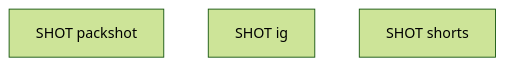
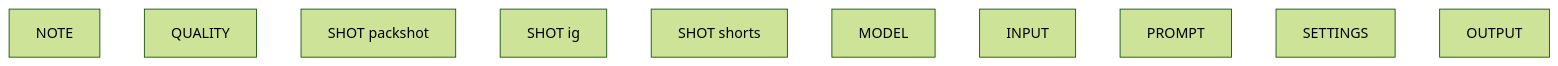
Before and after one commit to toxicoder/ez-comfy-stack: the diagram in docs/generated/workflows/dcc/clay-plates.md, drawn with Mermaid (forest theme). The commit also changed other lines of this file and 1088 other files, not shown here.

````diff
--- a/docs/generated/workflows/dcc/clay-plates.md
+++ b/docs/generated/workflows/dcc/clay-plates.md
@@ -56,6 +56,13 @@
 ```mermaid
 flowchart TB
+  GNOTE["NOTE"]
+  GQUALITY["QUALITY"]
   GSHOT_packshot["SHOT packshot"]
   GSHOT_ig["SHOT ig"]
   GSHOT_shorts["SHOT shorts"]
+  GMODEL["MODEL"]
+  GINPUT["INPUT"]
+  GPROMPT["PROMPT"]
+  GSETTINGS["SETTINGS"]
+  GOUTPUT["OUTPUT"]
 ```
````
